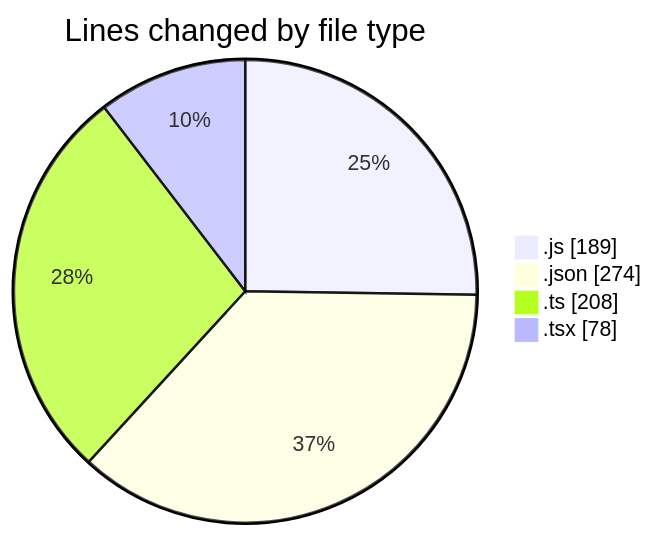
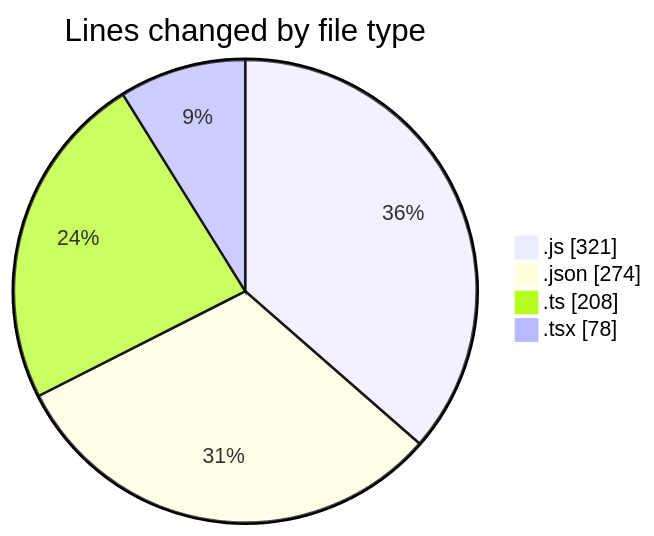
Before and after one commit to momahboobian/code-tracking: the first of 2 diagrams in 2026-04-07/cda/README.md, drawn with Mermaid. The commit also changed other lines of this file and 1 other file, not shown here.

````diff
--- a/2026-04-07/cda/README.md
+++ b/2026-04-07/cda/README.md
@@ -26,8 +27,8 @@
 ```mermaid
 pie showData
 title Lines changed by file type
-".js" : 189
+".js" : 321
 ".json" : 274
 ".ts" : 208
 ".tsx" : 78
 ```
````
